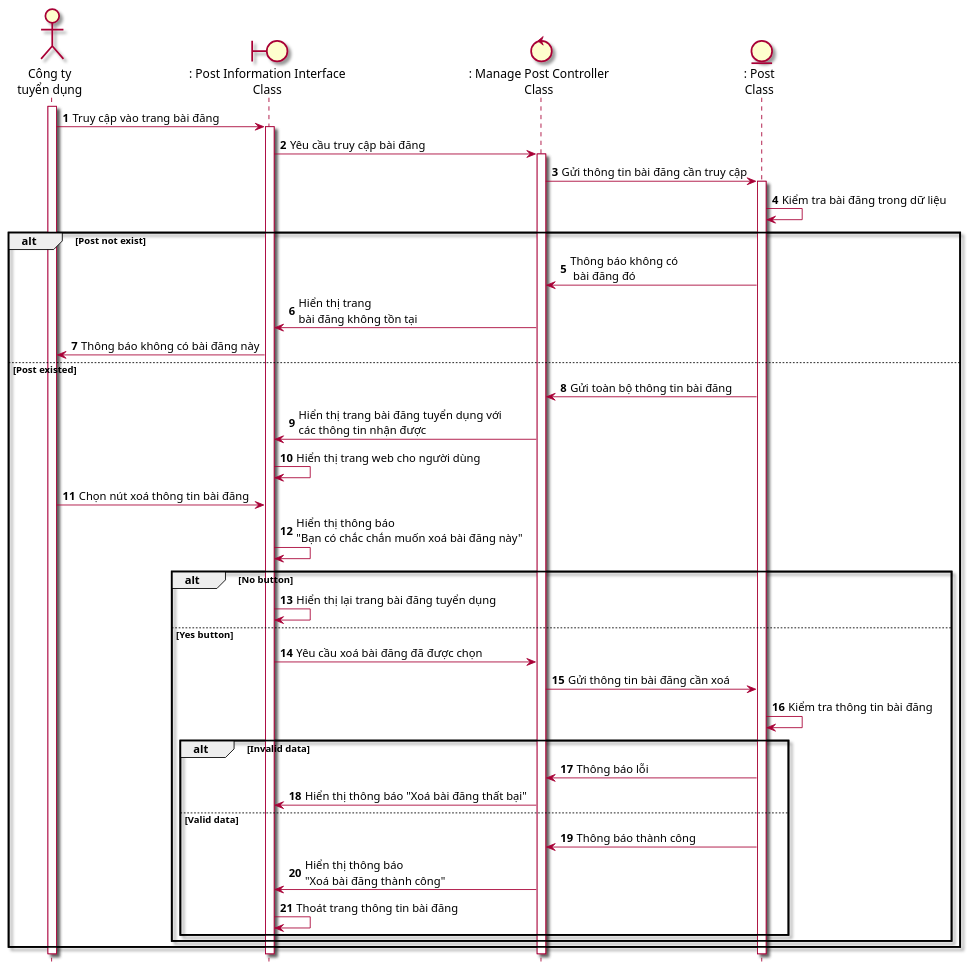
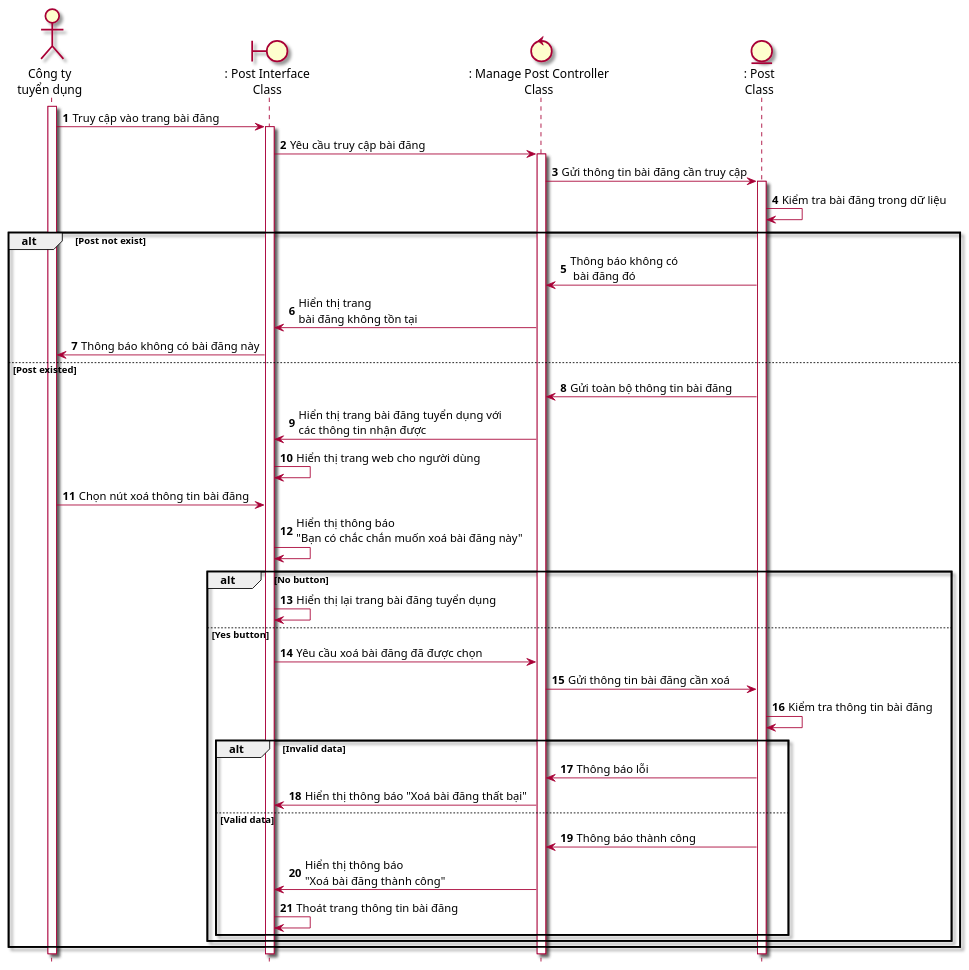
One commit to Griselda4774/EAS-EmploymentAssistanceSystem changed the diagram in Lab1/Lab 1.2 Diagram/Sequence/FilePUML/2.4 SeqXoaBaiDang.puml. Above: the diagram before and after it, drawn with PlantUML. The commit also changed 13 other files, not shown here.

```diff
--- a/Lab1/Lab 1.2 Diagram/Sequence/FilePUML/2.4 SeqXoaBaiDang.puml
+++ b/Lab1/Lab 1.2 Diagram/Sequence/FilePUML/2.4 SeqXoaBaiDang.puml
@@ -1,40 +1,40 @@
 @startuml SeqXoaBaiDang
 skin rose
 hide footbox
 actor congTy as "Công ty\ntuyển dụng"
-boundary postInformatinoInterface as ": Post Information Interface\nClass"
+boundary postInterface as ": Post Interface\nClass"
 control managePostController as ": Manage Post Controller\nClass"
 entity Post as ": Post\nClass"
 autonumber 
 congTy++
-congTy -> postInformatinoInterface++: Truy cập vào trang bài đăng
-postInformatinoInterface-> managePostController++: Yêu cầu truy cập bài đăng
+congTy -> postInterface++: Truy cập vào trang bài đăng
+postInterface-> managePostController++: Yêu cầu truy cập bài đăng
 managePostController -> Post++:Gửi thông tin bài đăng cần truy cập
 Post -> Post: Kiểm tra bài đăng trong dữ liệu
 alt Post not exist
     Post-> managePostController: Thông báo không có\n bài đăng đó
-    managePostController -> postInformatinoInterface: Hiển thị trang \nbài đăng không tồn tại 
-    postInformatinoInterface -> congTy: Thông báo không có bài đăng này
+    managePostController -> postInterface: Hiển thị trang \nbài đăng không tồn tại 
+    postInterface -> congTy: Thông báo không có bài đăng này
 else Post existed
     Post-> managePostController: Gửi toàn bộ thông tin bài đăng
-    managePostController -> postInformatinoInterface: Hiển thị trang bài đăng tuyển dụng với \ncác thông tin nhận được
-    postInformatinoInterface -> postInformatinoInterface: Hiển thị trang web cho người dùng
-    congTy -> postInformatinoInterface: Chọn nút xoá thông tin bài đăng
-    postInformatinoInterface -> postInformatinoInterface: Hiển thị thông báo \n"Bạn có chắc chắn muốn xoá bài đăng này"
+    managePostController -> postInterface: Hiển thị trang bài đăng tuyển dụng với \ncác thông tin nhận được
+    postInterface -> postInterface: Hiển thị trang web cho người dùng
+    congTy -> postInterface: Chọn nút xoá thông tin bài đăng
+    postInterface -> postInterface: Hiển thị thông báo \n"Bạn có chắc chắn muốn xoá bài đăng này"
     alt No button
-    postInformatinoInterface->postInformatinoInterface: Hiển thị lại trang bài đăng tuyển dụng
+    postInterface->postInterface: Hiển thị lại trang bài đăng tuyển dụng
     else Yes button
-    postInformatinoInterface-> managePostController: Yêu cầu xoá bài đăng đã được chọn
+    postInterface-> managePostController: Yêu cầu xoá bài đăng đã được chọn
     managePostController -> Post: Gửi thông tin bài đăng cần xoá 
     Post->Post: Kiểm tra thông tin bài đăng
     alt Invalid data
     Post->managePostController: Thông báo lỗi 
-    managePostController -> postInformatinoInterface: Hiển thị thông báo "Xoá bài đăng thất bại"
+    managePostController -> postInterface: Hiển thị thông báo "Xoá bài đăng thất bại"
     else Valid data
     Post->managePostController: Thông báo thành công
-    managePostController -> postInformatinoInterface: Hiển thị thông báo \n"Xoá bài đăng thành công"
-    postInformatinoInterface -> postInformatinoInterface: Thoát trang thông tin bài đăng
+    managePostController -> postInterface: Hiển thị thông báo \n"Xoá bài đăng thành công"
+    postInterface -> postInterface: Thoát trang thông tin bài đăng
     end
     end
 end
 @enduml
```
